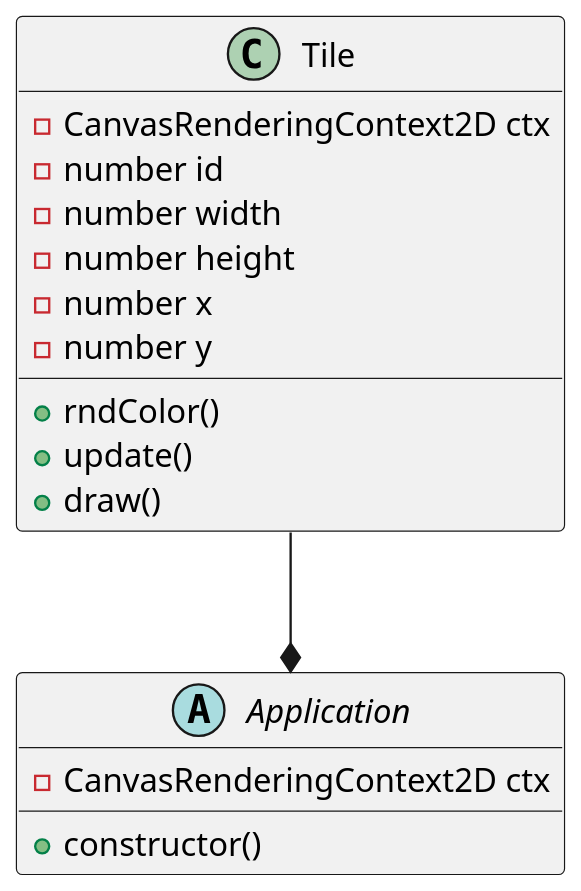
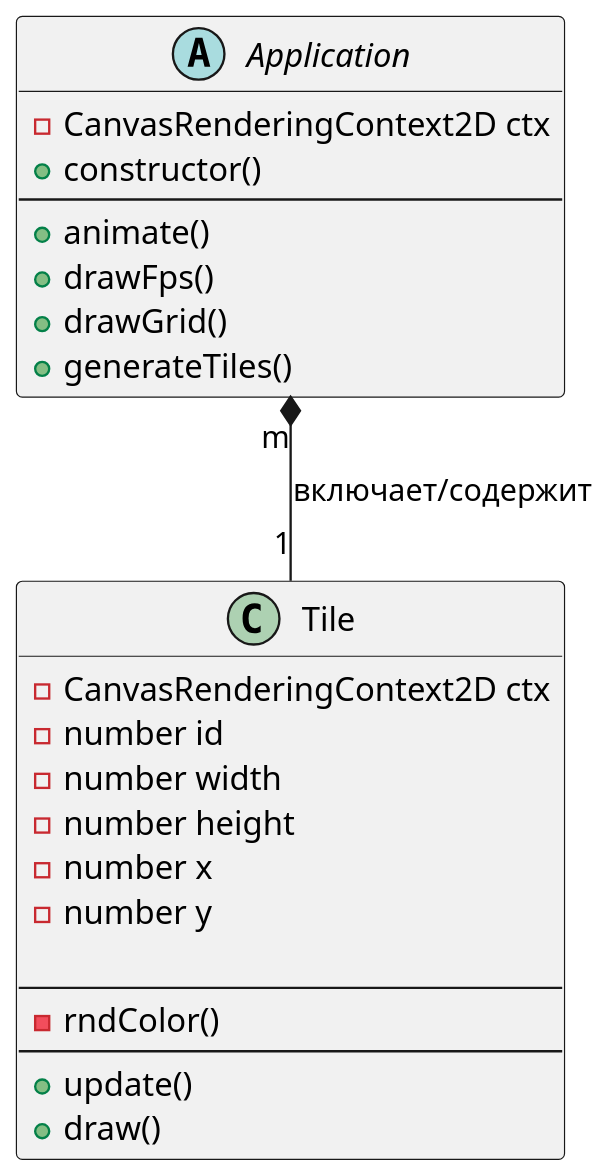
Before and after one commit to artafan1106/JS_Work: the diagram in js/diagram.puml, drawn with PlantUML. The commit also changed 5 other files, not shown here.

Commit message:
Небольшие изменения диаграммы

```diff
--- a/js/diagram.puml
+++ b/js/diagram.puml
@@ -1,22 +1,29 @@
 @startuml
 skinparam dpi 150
 
 abstract class Application {
     -CanvasRenderingContext2D ctx
     +constructor()
+    ---
+    +animate()
+    +drawFps()
+    +drawGrid()
+    +generateTiles()
 }
 class Tile {
     -CanvasRenderingContext2D ctx
     -number id
     -number width
     -number height
     -number x
     -number y
 
-    +rndColor()
+    ---
+    -rndColor()
+    ---
     +update()
     +draw()
 }
-Tile --* Application
+Application "m" *-- "1" Tile: "включает/содержит"
 
 @enduml
```
